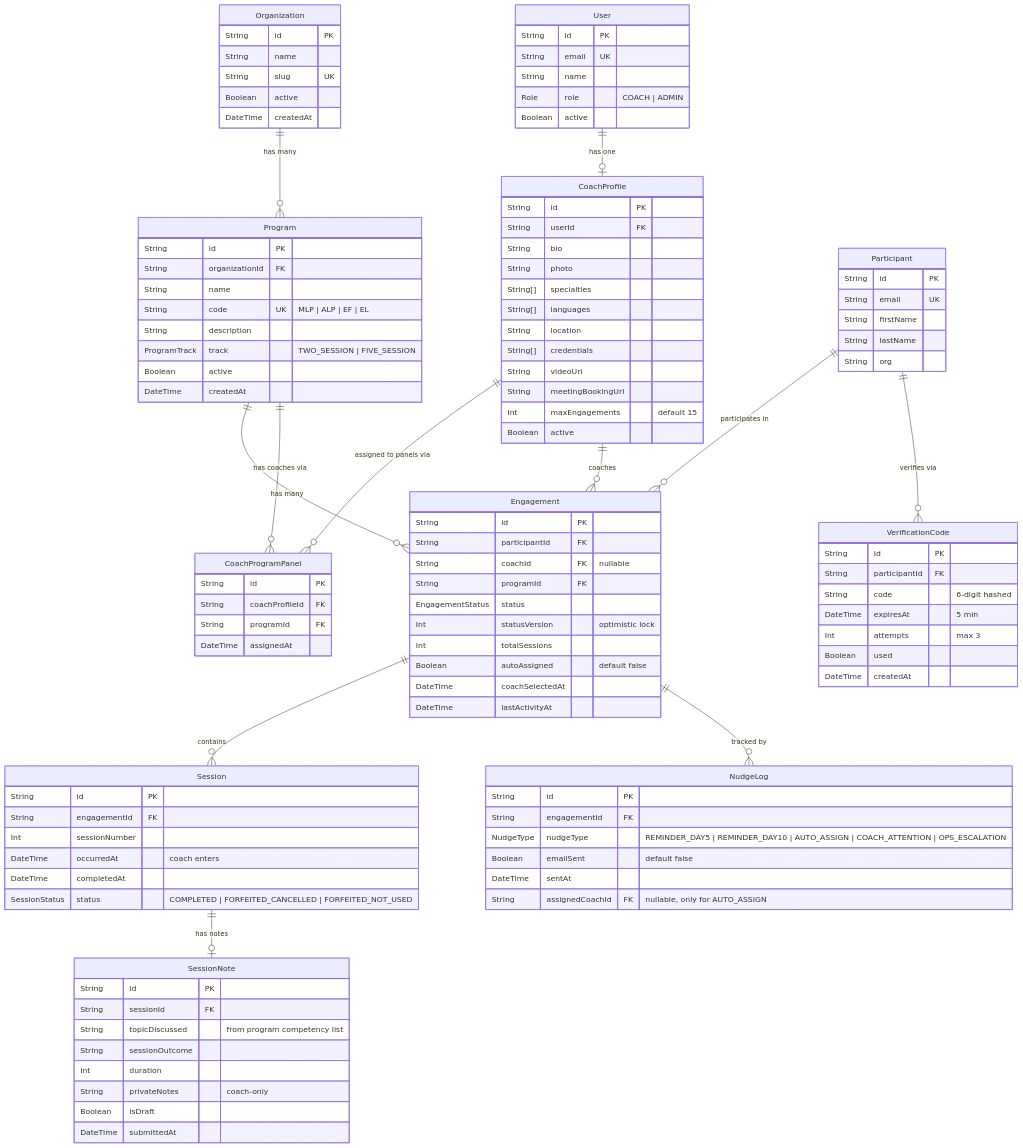
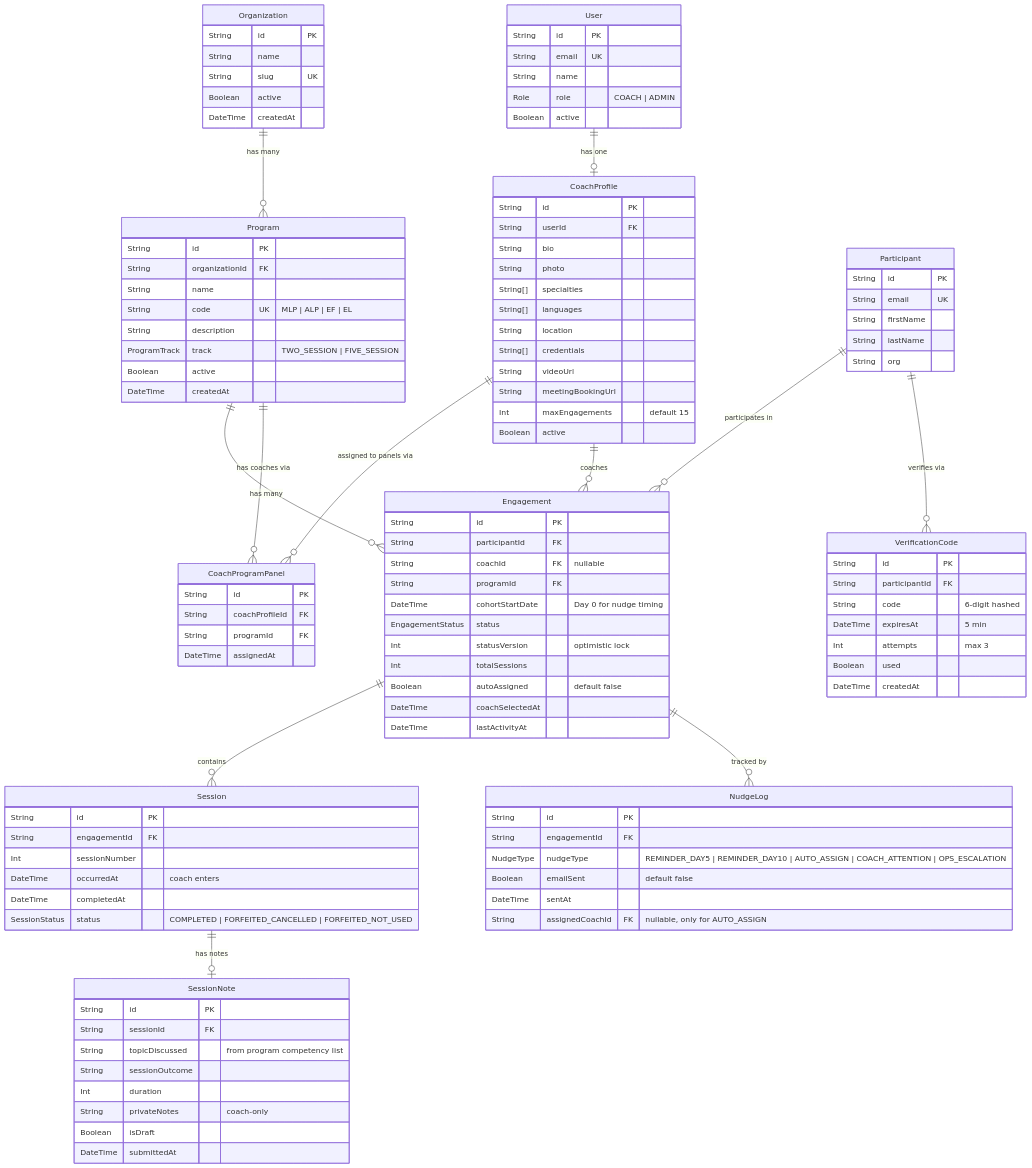
Before and after one commit to ridegoodwaves/franklin-covey: the diagram in docs/plans/2026-02-12-feat-mvp-backend-vertical-slices-plan.md, drawn with Mermaid. The commit also changed other lines of this file and 16 other files, not shown here.

```diff
--- a/docs/plans/2026-02-12-feat-mvp-backend-vertical-slices-plan.md
+++ b/docs/plans/2026-02-12-feat-mvp-backend-vertical-slices-plan.md
@@ -160,6 +167,7 @@
         String participantId FK
         String coachId FK "nullable"
         String programId FK
+        DateTime cohortStartDate "Day 0 for nudge timing"
         EngagementStatus status
         Int statusVersion "optimistic lock"
         Int totalSessions
```
